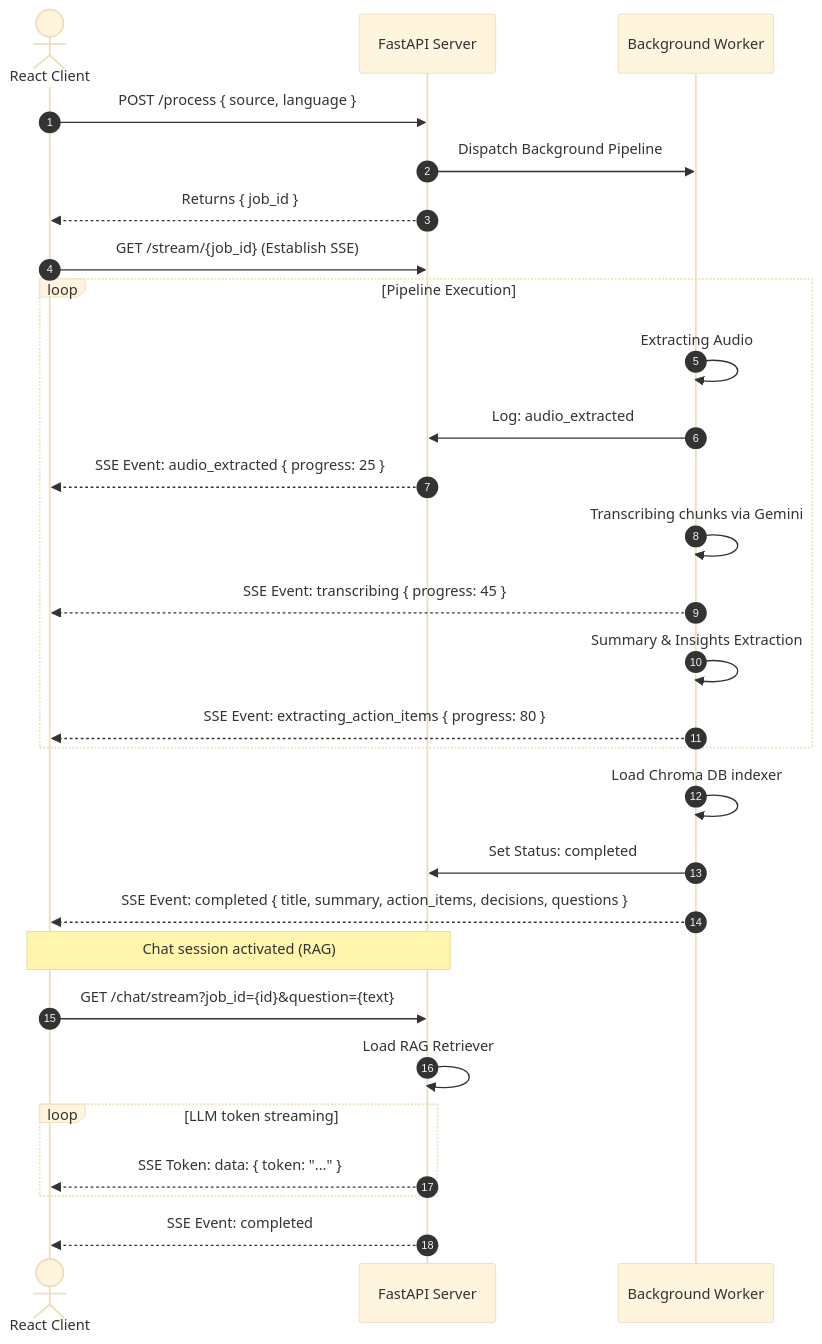
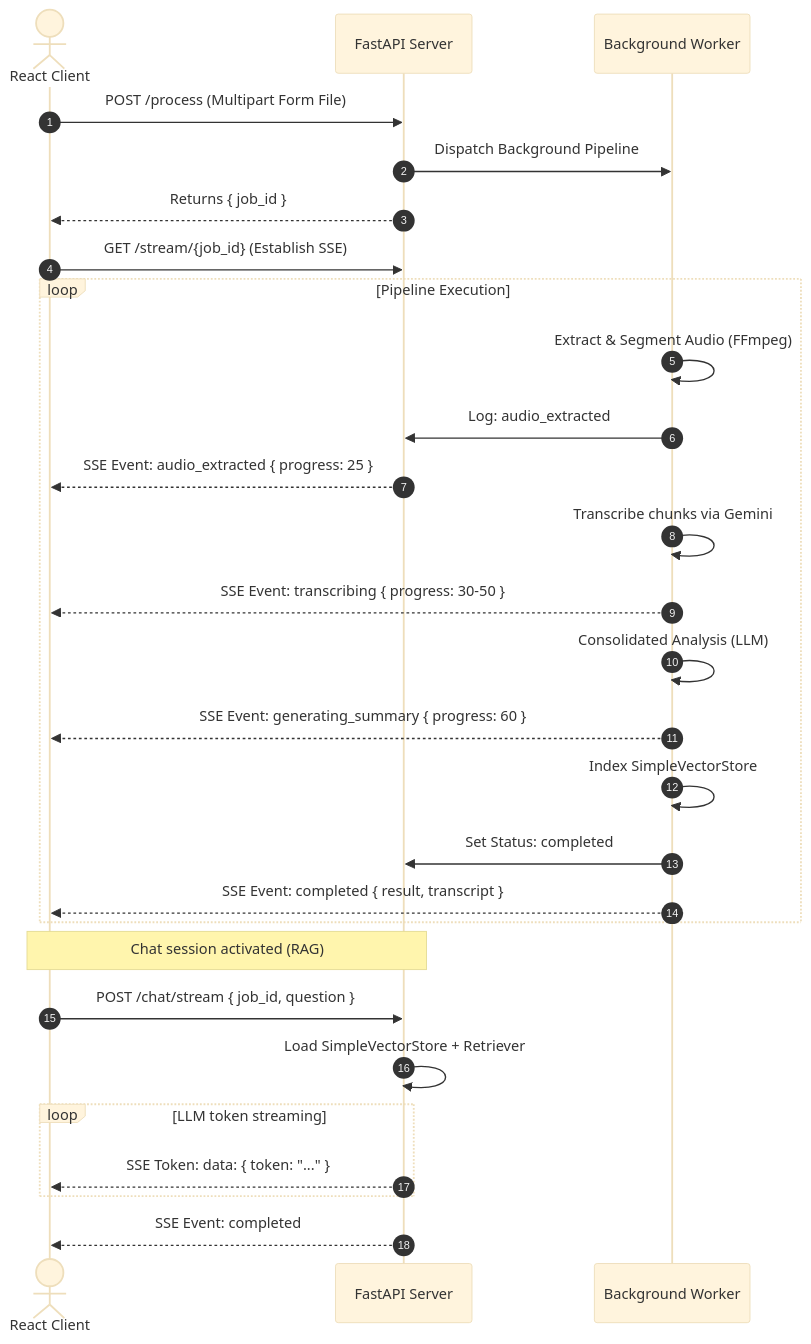
The second of 2 diagrams in README.md (piyuskumar-dev/MeetMind-AI), drawn with Mermaid (base theme) before and after one commit. The commit also changed other lines of this file, not shown here.

````diff
--- a/README.md
+++ b/README.md
@@ -68,35 +71,34 @@
 ```mermaid
 sequenceDiagram
     autonumber
     actor Client as React Client
     participant API as FastAPI Server
     participant Worker as Background Worker
     
-    Client->>API: POST /process { source, language }
+    Client->>API: POST /process (Multipart Form File)
     API->>Worker: Dispatch Background Pipeline
     API-->>Client: Returns { job_id }
     
     Client->>API: GET /stream/{job_id} (Establish SSE)
     
     loop Pipeline Execution
-        Worker->>Worker: Extracting Audio
+        Worker->>Worker: Extract & Segment Audio (FFmpeg)
         Worker->>API: Log: audio_extracted
         API-->>Client: SSE Event: audio_extracted { progress: 25 }
-        Worker->>Worker: Transcribing chunks via Gemini
-        Worker-->>Client: SSE Event: transcribing { progress: 45 }
-        Worker->>Worker: Summary & Insights Extraction
-        Worker-->>Client: SSE Event: extracting_action_items { progress: 80 }
+        Worker->>Worker: Transcribe chunks via Gemini
+        Worker-->>Client: SSE Event: transcribing { progress: 30-50 }
+        Worker->>Worker: Consolidated Analysis (LLM)
+        Worker-->>Client: SSE Event: generating_summary { progress: 60 }
+        Worker->>Worker: Index SimpleVectorStore
+        Worker->>API: Set Status: completed
+        Worker-->>Client: SSE Event: completed { result, transcript }
     end
     
-    Worker->>Worker: Load Chroma DB indexer
-    Worker->>API: Set Status: completed
-    Worker-->>Client: SSE Event: completed { title, summary, action_items, decisions, questions }
-    
     Note over Client, API: Chat session activated (RAG)
-    Client->>API: GET /chat/stream?job_id={id}&question={text}
-    API->>API: Load RAG Retriever
+    Client->>API: POST /chat/stream { job_id, question }
+    API->>API: Load SimpleVectorStore + Retriever
     loop LLM token streaming
         API-->>Client: SSE Token: data: { token: "..." }
     end
     API-->>Client: SSE Event: completed
 ```
````
